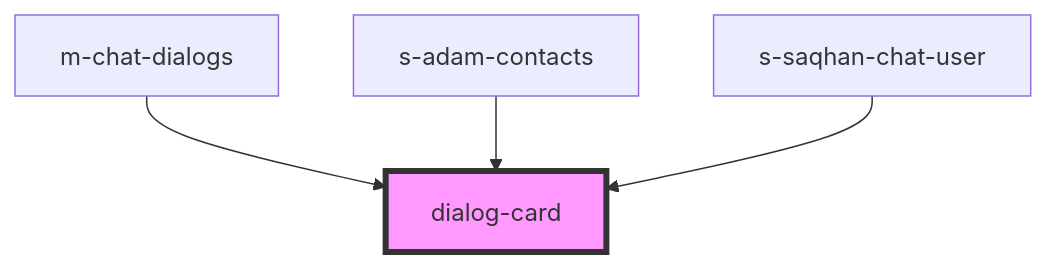
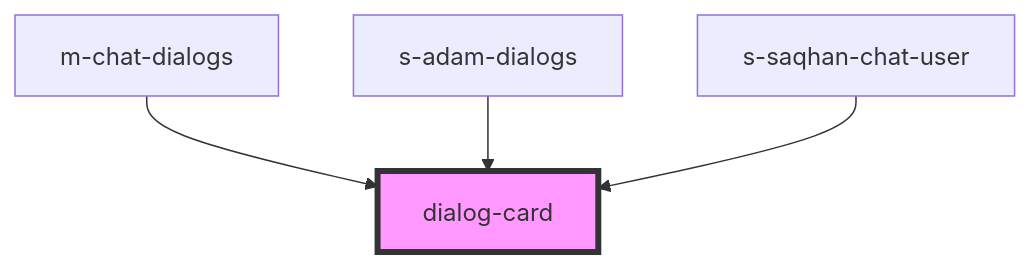
The diagram in src/components/shared/dialog-card/readme.md (saqhan/stencil-chat), drawn with Mermaid before and after one commit. The commit also changed other lines of this file and 23 other files, not shown here.

````diff
--- a/src/components/shared/dialog-card/readme.md
+++ b/src/components/shared/dialog-card/readme.md
@@ -37,7 +32,7 @@
 ```mermaid
 graph TD;
   m-chat-dialogs --> dialog-card
-  s-adam-contacts --> dialog-card
+  s-adam-dialogs --> dialog-card
   s-saqhan-chat-user --> dialog-card
   style dialog-card fill:#f9f,stroke:#333,stroke-width:4px
 ```
````
